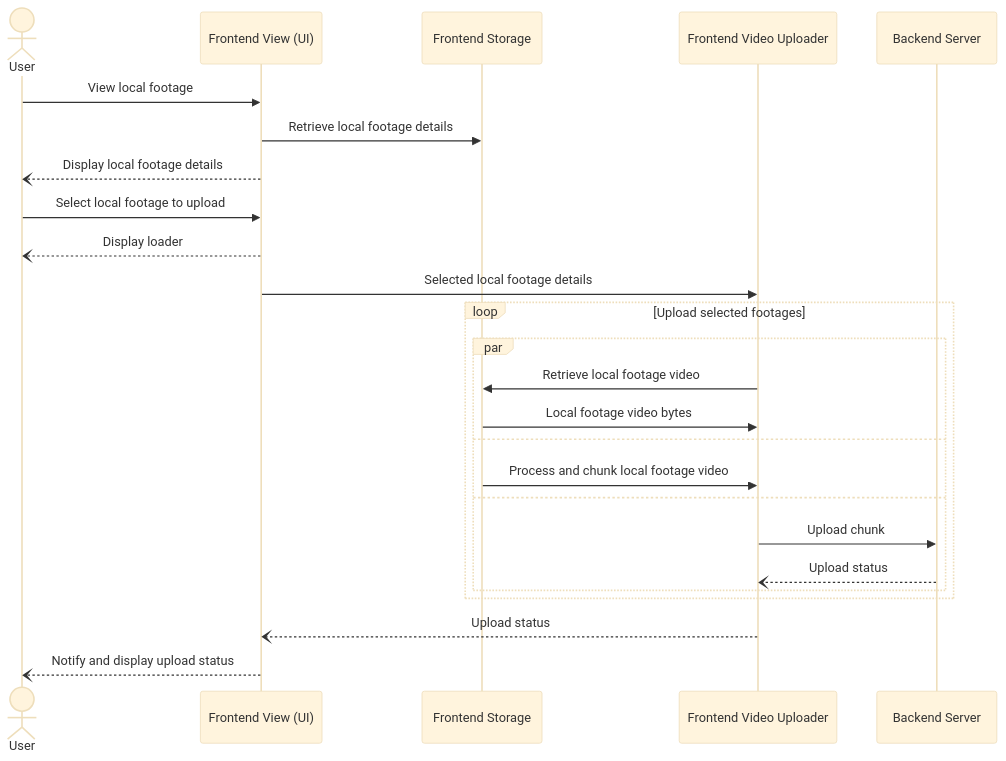
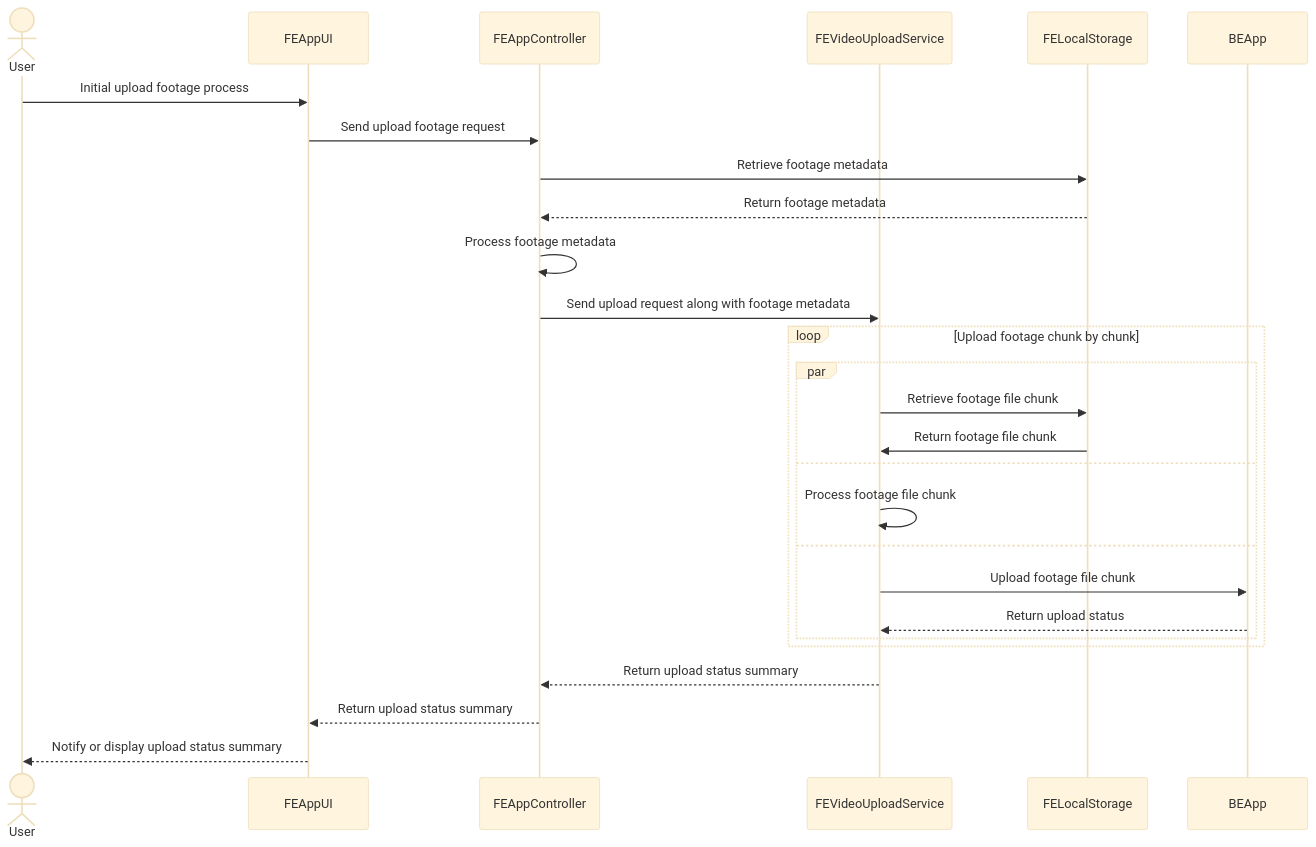
The seventh of 9 diagrams in sequence_diagrams.md (katocado/architectural-kata-fall-2023), drawn with Mermaid (base theme) before and after one commit. The commit also changed other lines of this file, not shown here.

Commit message:
update sequence diagrams

````diff
--- a/sequence_diagrams.md
+++ b/sequence_diagrams.md
@@ -208,35 +259,40 @@
 ```mermaid
 sequenceDiagram
 
     actor User
-    participant FEView As Frontend View (UI)
-    participant FEStorage As Frontend Storage
-    participant FEVideoUploader As Frontend Video Uploader
-    participant BEServer As Backend Server
+    participant FEAppUI
+    participant FEAppController
+    participant FEVideoUploadService
+    participant FELocalStorage
+    participant BEApp
 
-    User->>FEView: View local footage
+    User->>FEAppUI: Initial upload footage process
 
-    FEView->>FEStorage: Retrieve local footage details
+    FEAppUI->>FEAppController: Send upload footage request
 
-    FEView--)User: Display local footage details
-    User->>FEView: Select local footage to upload
-    FEView--)User: Display loader
+    FEAppController->>FELocalStorage: Retrieve footage metadata
+    FELocalStorage-->>FEAppController: Return footage metadata
 
-    FEView->>FEVideoUploader: Selected local footage details
+    FEAppController->>FEAppController: Process footage metadata
 
-    loop Upload selected footages
+    FEAppController->>FEVideoUploadService: Send upload request along with footage metadata
+
+    loop Upload footage chunk by chunk
         par 
-            FEVideoUploader->>FEStorage: Retrieve local footage video
-            FEStorage->>FEVideoUploader: Local footage video bytes
+            FEVideoUploadService->>FELocalStorage: Retrieve footage file chunk
+            FELocalStorage->>FEVideoUploadService: Return footage file chunk
         and
-            FEStorage->>FEVideoUploader: Process and chunk local footage video
+            FEVideoUploadService->>FEVideoUploadService: Process footage file chunk
         and
-            FEVideoUploader->>BEServer: Upload chunk
-            BEServer--)FEVideoUploader: Upload status
+            FEVideoUploadService->>BEApp: Upload footage file chunk
+            BEApp-->>FEVideoUploadService: Return upload status
         end
     end
 
-    FEVideoUploader--)FEView: Upload status
+    FEVideoUploadService-->>FEAppController: Return upload status summary
 
-    FEView--)User: Notify and display upload status
+    FEAppController-->>FEAppUI: Return upload status summary
+
+    FEAppUI-->>User: Notify or display upload status summary
+    
 ```
````
